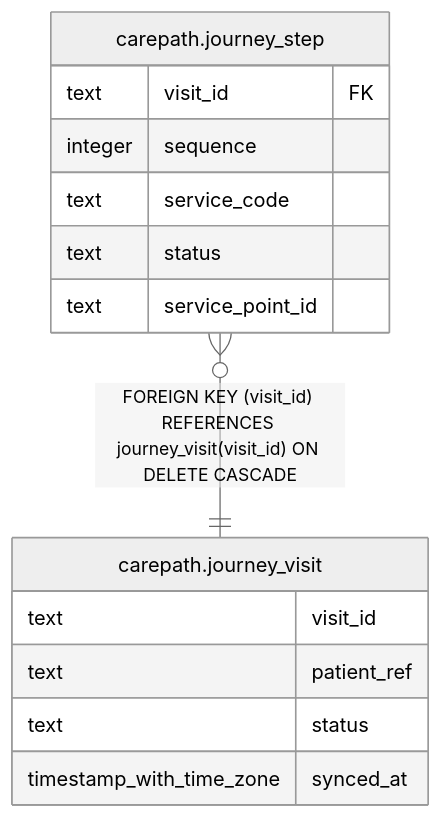
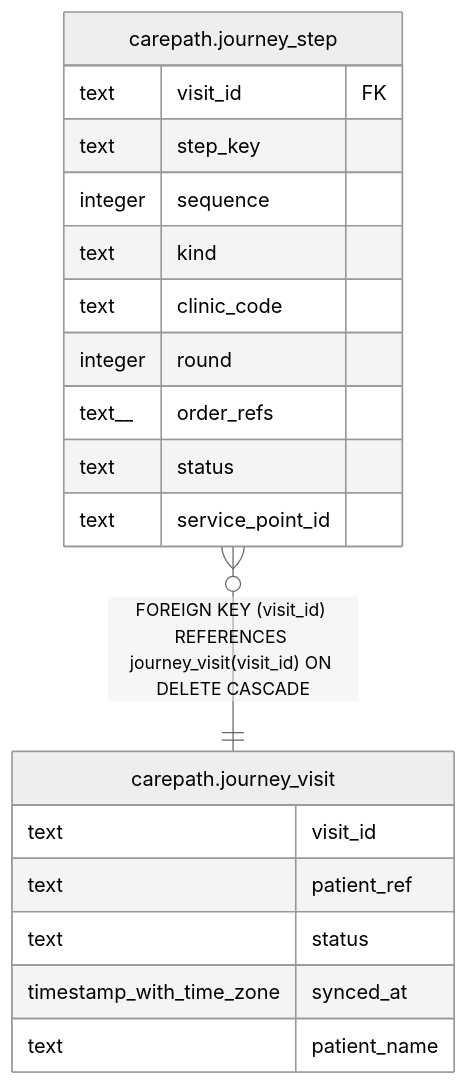
Before and after one commit to somprasongd/carepath: the diagram in docs/architecture/erd/carepath.journey_step.md, drawn with Mermaid (neutral theme). The commit also changed other lines of this file and 29 other files, not shown here.

First line of the commit message:
Record every step status change as an append-only timeline (#85)

````diff
--- a/docs/architecture/erd/carepath.journey_step.md
+++ b/docs/architecture/erd/carepath.journey_step.md
@@ -28,19 +32,24 @@
 ```mermaid
 erDiagram
 
 "carepath.journey_step" }o--|| "carepath.journey_visit" : "FOREIGN KEY (visit_id) REFERENCES journey_visit(visit_id) ON DELETE CASCADE"
 
 "carepath.journey_step" {
   text visit_id FK
+  text step_key
   integer sequence
-  text service_code
+  text kind
+  text clinic_code
+  integer round
+  text__ order_refs
   text status
   text service_point_id
 }
 "carepath.journey_visit" {
   text visit_id
   text patient_ref
   text status
   timestamp_with_time_zone synced_at
+  text patient_name
 }
 ```
````
